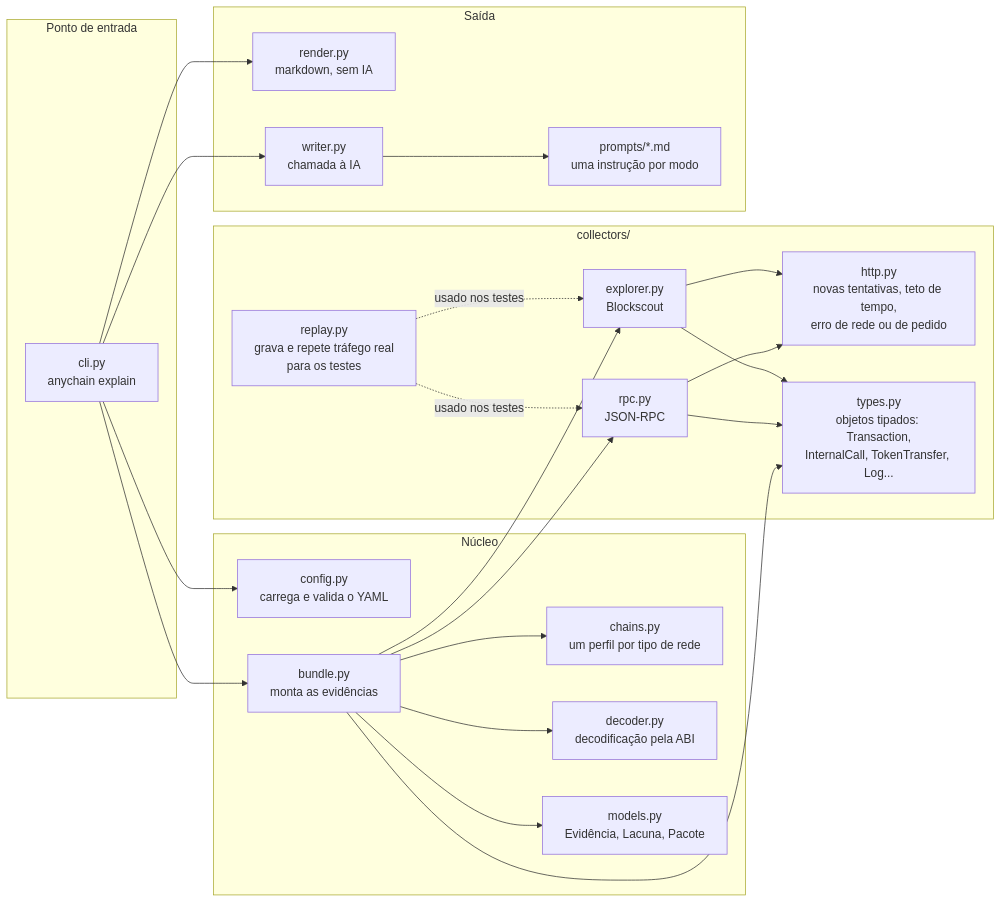
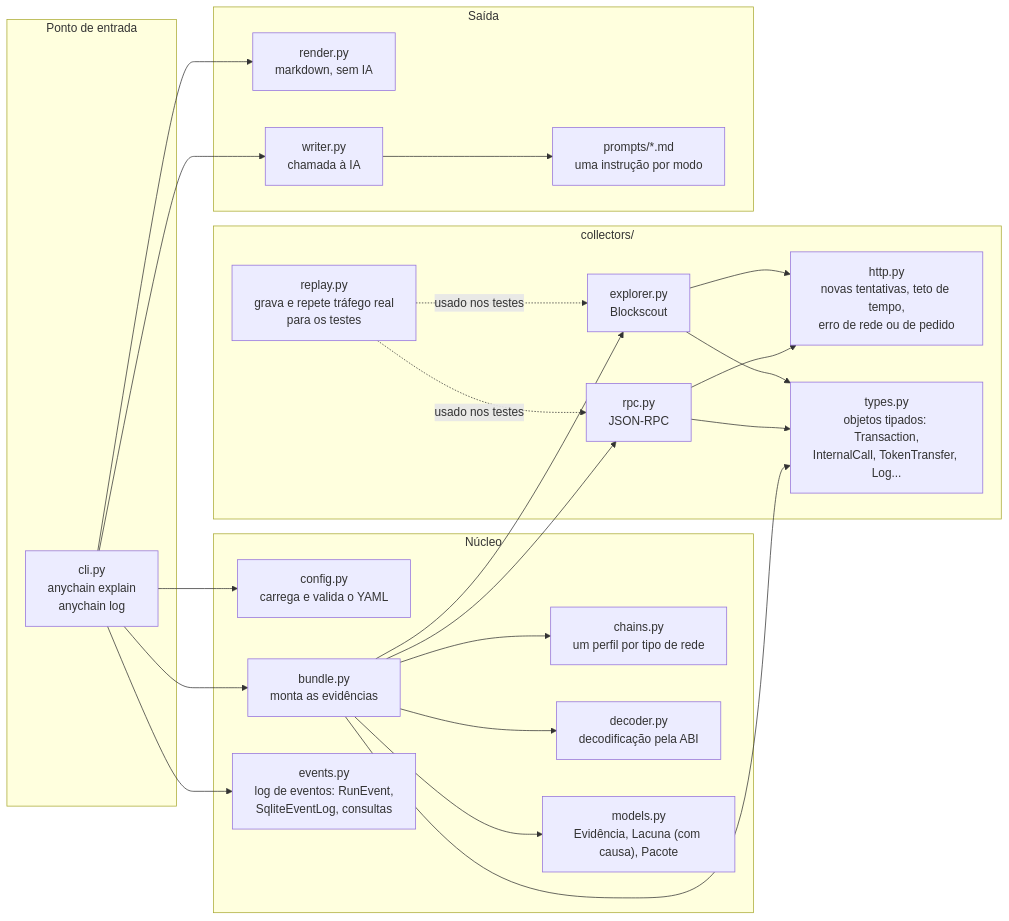
One commit to Ebaoj/anychain changed the third of 5 diagrams in docs/ARCHITECTURE.pt-BR.md. Above: the diagram before and after it, drawn with Mermaid. The commit also changed other lines of this file and 42 other files, not shown here.

First line of the commit message:
Event log with a cause on every gap; zkSync L1 status confirmed by the node, never asserted from the explorer

````diff
--- a/docs/ARCHITECTURE.pt-BR.md
+++ b/docs/ARCHITECTURE.pt-BR.md
@@ -116,46 +120,48 @@
 ```mermaid
 flowchart LR
     subgraph entry["Ponto de entrada"]
-        cli["cli.py<br/>anychain explain"]
+        cli["cli.py<br/>anychain explain<br/>anychain log"]
     end
 
     subgraph core["Núcleo"]
         config["config.py<br/>carrega e valida o YAML"]
         chains["chains.py<br/>um perfil por tipo de rede"]
         bundle["bundle.py<br/>monta as evidências"]
         decoder["decoder.py<br/>decodificação pela ABI"]
-        models["models.py<br/>Evidência, Lacuna, Pacote"]
+        models["models.py<br/>Evidência, Lacuna (com causa), Pacote"]
+        events["events.py<br/>log de eventos: RunEvent,<br/>SqliteEventLog, consultas"]
     end
 
     subgraph collectors["collectors/"]
         http["http.py<br/>novas tentativas, teto de tempo,<br/>erro de rede ou de pedido"]
         types["types.py<br/>objetos tipados: Transaction,<br/>InternalCall, TokenTransfer, Log..."]
         explorer["explorer.py<br/>Blockscout"]
         rpc["rpc.py<br/>JSON-RPC"]
         replay["replay.py<br/>grava e repete tráfego real<br/>para os testes"]
     end
 
     subgraph output["Saída"]
         render["render.py<br/>markdown, sem IA"]
         writer["writer.py<br/>chamada à IA"]
         prompts["prompts/*.md<br/>uma instrução por modo"]
     end
 
     cli --> config
     cli --> bundle
     cli --> render
     cli --> writer
+    cli --> events
     bundle --> explorer
     bundle --> rpc
     bundle --> decoder
     bundle --> models
     bundle --> chains
     explorer --> http
     rpc --> http
     explorer --> types
     rpc --> types
     bundle --> types
     writer --> prompts
     replay -.usado nos testes.-> explorer
     replay -.usado nos testes.-> rpc
 ```
````
